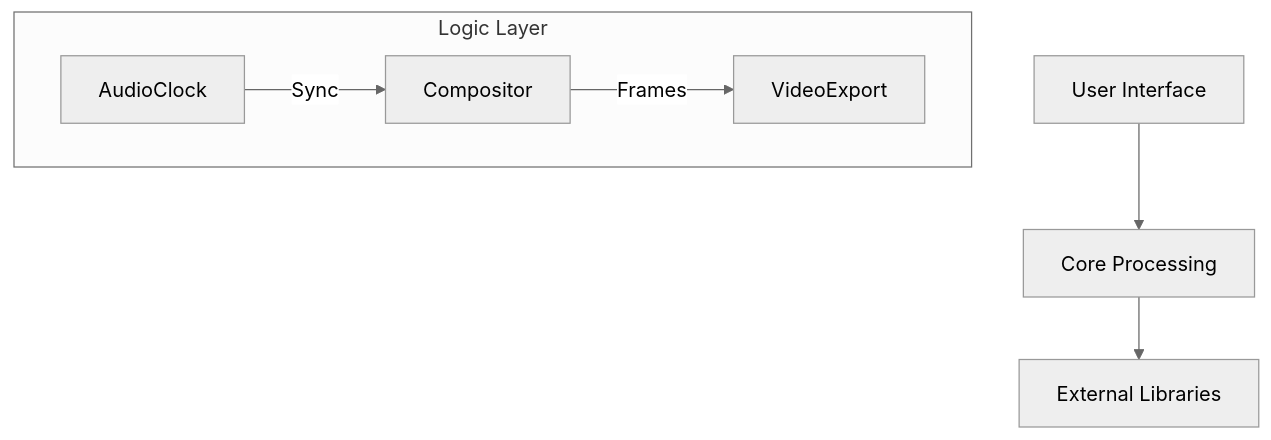
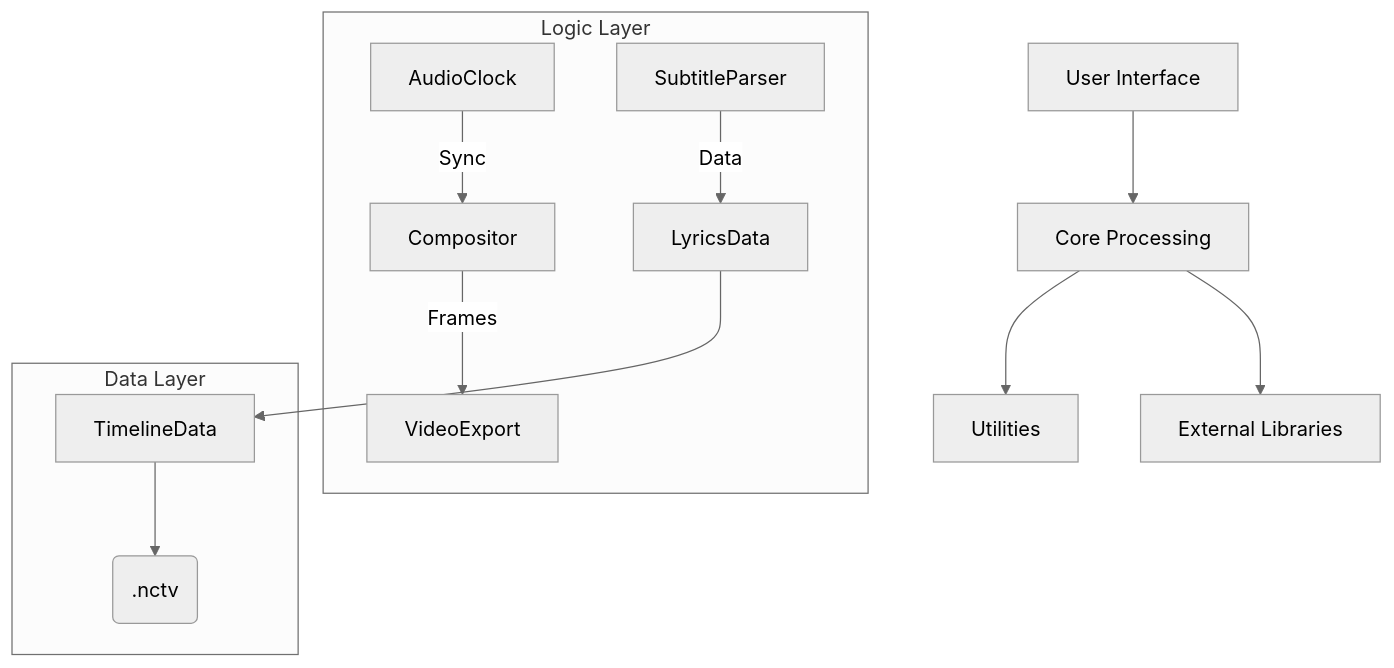
The first of 2 diagrams in DOCS.md (AgentHitmanFaris/NC-KTV), drawn with Mermaid (neutral theme) before and after one commit. The commit also changed other lines of this file, not shown here.

````diff
--- a/DOCS.md
+++ b/DOCS.md
@@ -28,11 +27,17 @@
 ```mermaid
 graph TD
     User[User Interface] --> Core[Core Processing]
+    Core --> Util[Utilities]
     Core --> Ext[External Libraries]
     
     subgraph "Logic Layer"
         AudioClock -- Sync --> Compositor
         Compositor -- Frames --> VideoExport
+        SubtitleParser -- Data --> LyricsData
     end
 
+    subgraph "Data Layer"
+        LyricsData --> TimelineData
+        TimelineData --> ProjectFile(.nctv)
+    end
 ```
````
